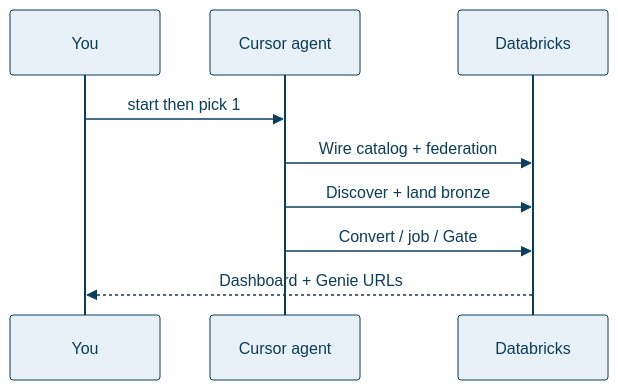
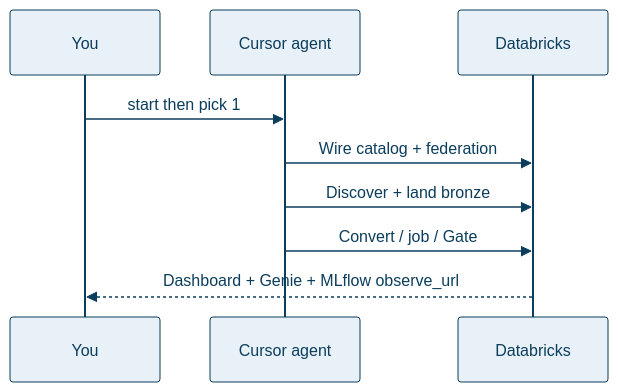
Before and after one commit to Jericho2010/edwmigration: the diagram in README.md, drawn with Mermaid. The commit also changed other lines of this file and 16 other files, not shown here.

````diff
--- a/README.md
+++ b/README.md
@@ -52,12 +52,12 @@
 ```mermaid
 %%{init: {"theme":"base","themeVariables":{"primaryColor":"#E8F1F8","primaryTextColor":"#0B3D5C","primaryBorderColor":"#0B3D5C","lineColor":"#5B7A8C","secondaryColor":"#E6F4F1","tertiaryColor":"#F7F3EA","background":"#FFFFFF","mainBkg":"#E8F1F8","clusterBkg":"#F7FAFC","clusterBorder":"#5B7A8C","titleColor":"#0B3D5C","edgeLabelBackground":"#FFFFFF"}}}%%
 sequenceDiagram
   participant You
   participant Agent as Cursor agent
   participant DBX as Databricks
   You->>Agent: start then pick 1
   Agent->>DBX: Wire catalog + federation
   Agent->>DBX: Discover + land bronze
   Agent->>DBX: Convert / job / Gate
-  DBX-->>You: Dashboard + Genie URLs
+  DBX-->>You: Dashboard + Genie + MLflow observe_url
 ```
````
